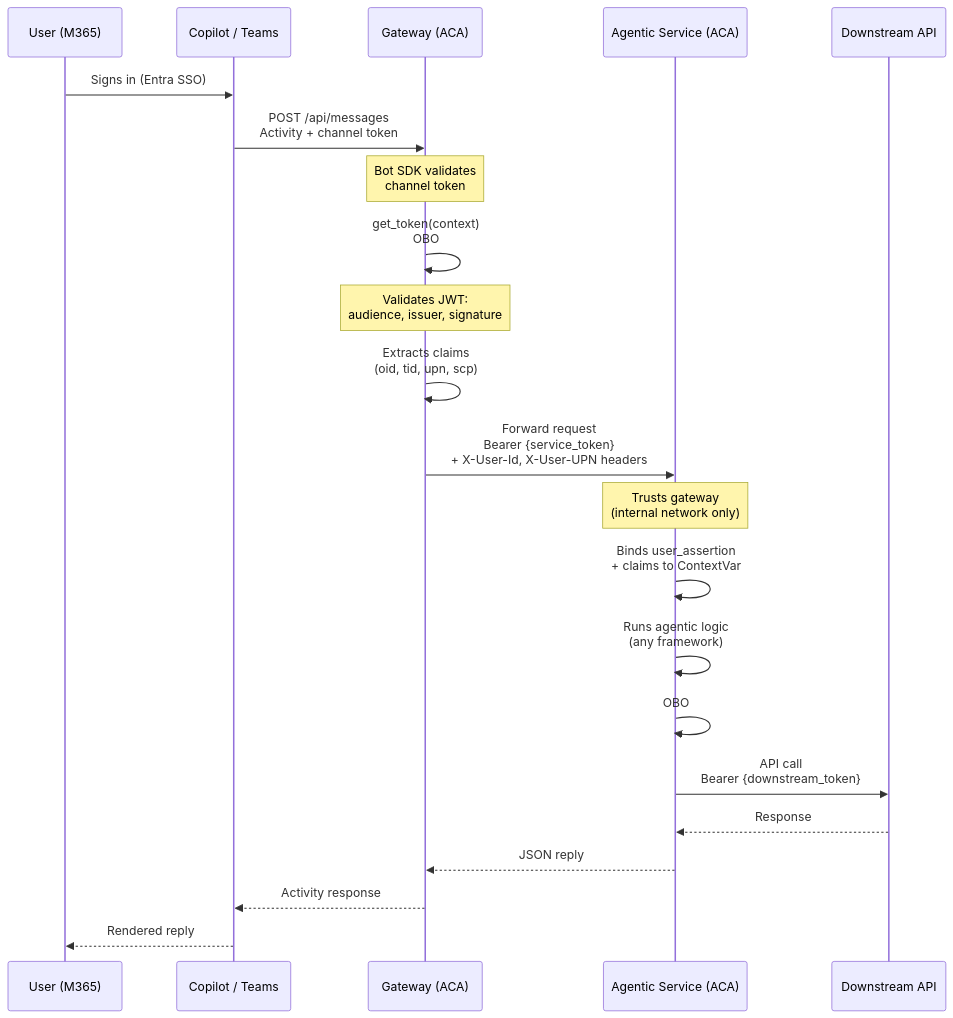
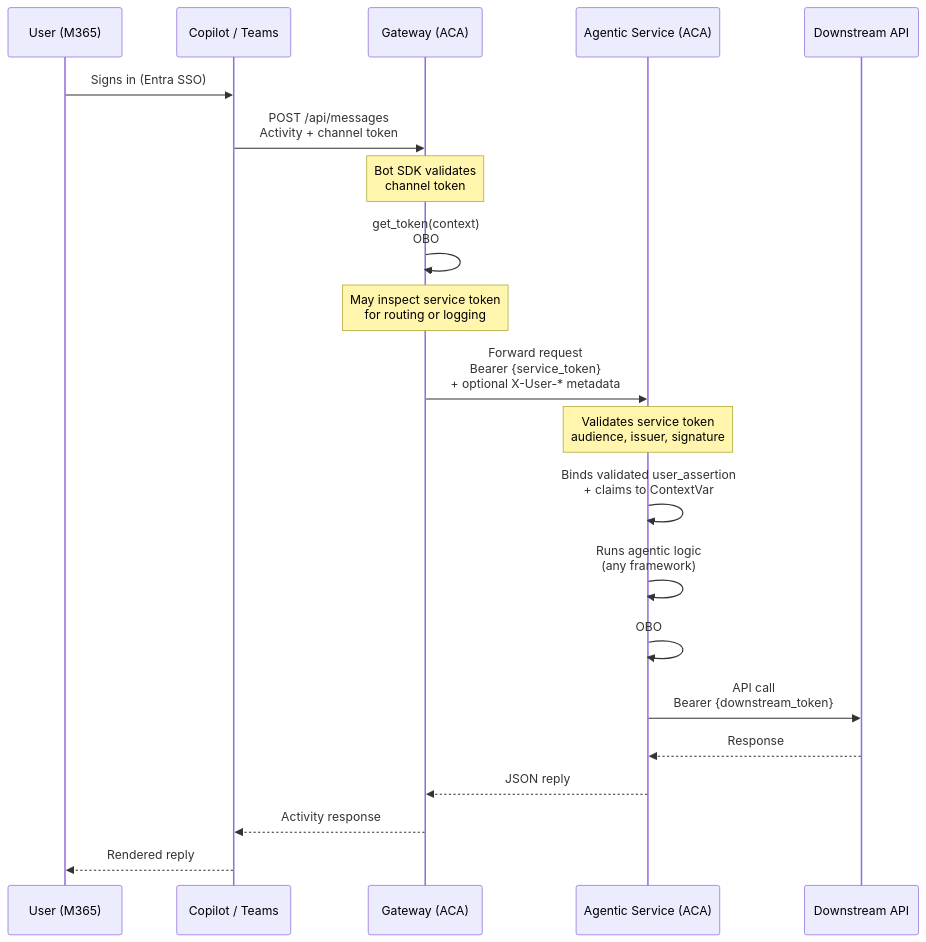
One commit to james-tn/dbx-mcp-copilot changed the second of 8 diagrams in docs/m365-agentic-service-developer-guide.md. Above: the diagram before and after it, drawn with Mermaid. The commit also changed other lines of this file and 1 other file, not shown here.

````diff
--- a/docs/m365-agentic-service-developer-guide.md
+++ b/docs/m365-agentic-service-developer-guide.md
@@ -96,35 +98,33 @@
 ```mermaid
 sequenceDiagram
     participant U as User (M365)
     participant C as Copilot / Teams
     participant W as Gateway (ACA)
     participant S as Agentic Service (ACA)
     participant D as Downstream API
 
     U->>C: Signs in (Entra SSO)
     C->>W: POST /api/messages<br/>Activity + channel token
 
     Note over W: Bot SDK validates<br/>channel token
 
     W->>W: get_token(context)<br/>OBO #1: user SSO token<br/>→ service API scope
 
-    Note over W: Validates JWT:<br/>audience, issuer, signature
+    Note over W: May inspect service token<br/>for routing or logging
 
-    W->>W: Extracts claims<br/>(oid, tid, upn, scp)
+    W->>S: Forward request<br/>Bearer {service_token}<br/>+ optional X-User-* metadata
 
-    W->>S: Forward request<br/>Bearer {service_token}<br/>+ X-User-Id, X-User-UPN headers
+    Note over S: Validates service token<br/>audience, issuer, signature
 
-    Note over S: Trusts gateway<br/>(internal network only)
-
-    S->>S: Binds user_assertion<br/>+ claims to ContextVar
+    S->>S: Binds validated user_assertion<br/>+ claims to ContextVar
 
     S->>S: Runs agentic logic<br/>(any framework)
 
     S->>S: OBO #2: user_assertion<br/>→ downstream scope
 
     S->>D: API call<br/>Bearer {downstream_token}
     D-->>S: Response
     S-->>W: JSON reply
     W-->>C: Activity response
     C-->>U: Rendered reply
 ```
````
